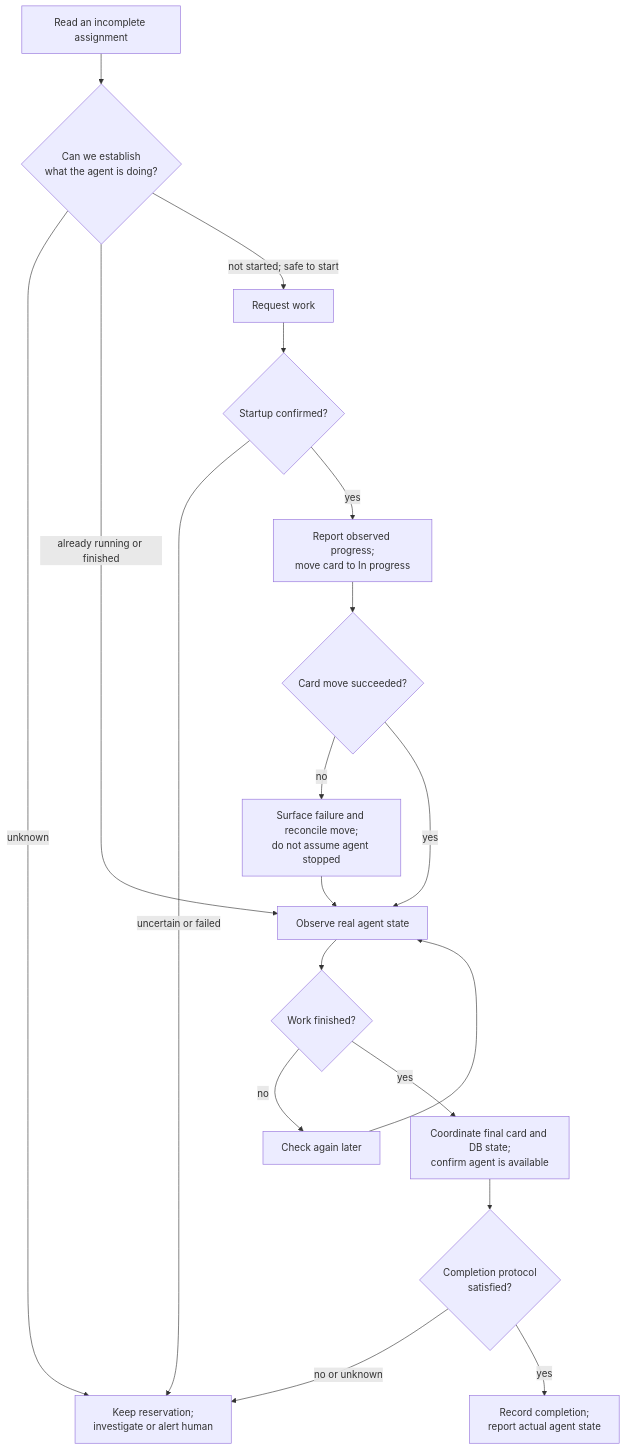
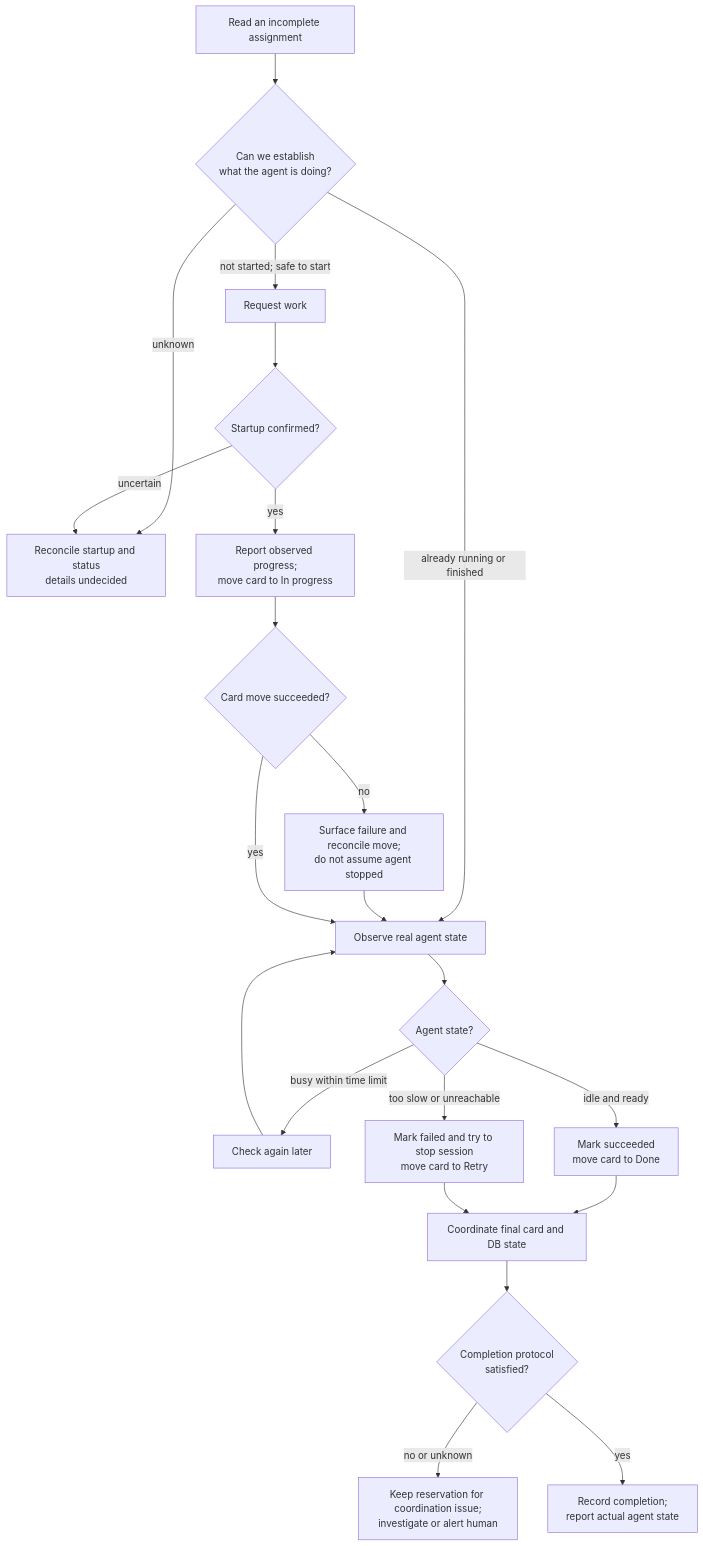
The second of 3 diagrams in agent-team/apps/agent-resource-manager/docs/flowchart.md (lgdelacruz92/agent-team), drawn with Mermaid before and after one commit. The commit also changed other lines of this file and 4 other files, not shown here.

````diff
--- a/agent-team/apps/agent-resource-manager/docs/flowchart.md
+++ b/agent-team/apps/agent-resource-manager/docs/flowchart.md
@@ -24,21 +24,25 @@
 ```mermaid
 flowchart TD
     Start["Read an incomplete assignment"] --> Check{"Can we establish<br/>what the agent is doing?"}
-    Check -->|"unknown"| Human["Keep reservation;<br/>investigate or alert human"]
+    Check -->|"unknown"| Investigate["Reconcile startup and status<br/>details undecided"]
     Check -->|"already running or finished"| Observe["Observe real agent state"]
     Check -->|"not started; safe to start"| Launch["Request work"]
     Launch --> Confirm{"Startup confirmed?"}
-    Confirm -->|"uncertain or failed"| Human
+    Confirm -->|"uncertain"| Investigate
     Confirm -->|"yes"| Report["Report observed progress;<br/>move card to In progress"]
     Report --> Move{"Card move succeeded?"}
     Move -->|"no"| Retry["Surface failure and reconcile move;<br/>do not assume agent stopped"]
     Retry --> Observe
     Move -->|"yes"| Observe
-    Observe --> Finished{"Work finished?"}
-    Finished -->|"no"| Later["Check again later"]
+    Observe --> Finished{"Agent state?"}
+    Finished -->|"busy within time limit"| Later["Check again later"]
     Later --> Observe
-    Finished -->|"yes"| Coordinate["Coordinate final card and DB state;<br/>confirm agent is available"]
+    Finished -->|"idle and ready"| Success["Mark succeeded<br/>move card to Done"]
+    Finished -->|"too slow or unreachable"| Fail["Mark failed and try to stop session<br/>move card to Retry"]
+    Success --> Coordinate["Coordinate final card and DB state"]
+    Fail --> Coordinate
     Coordinate --> Safe{"Completion protocol<br/>satisfied?"}
     Safe -->|"no or unknown"| Human
+    Human["Keep reservation for coordination issue;<br/>investigate or alert human"]
     Safe -->|"yes"| Complete["Record completion;<br/>report actual agent state"]
 ```
````
